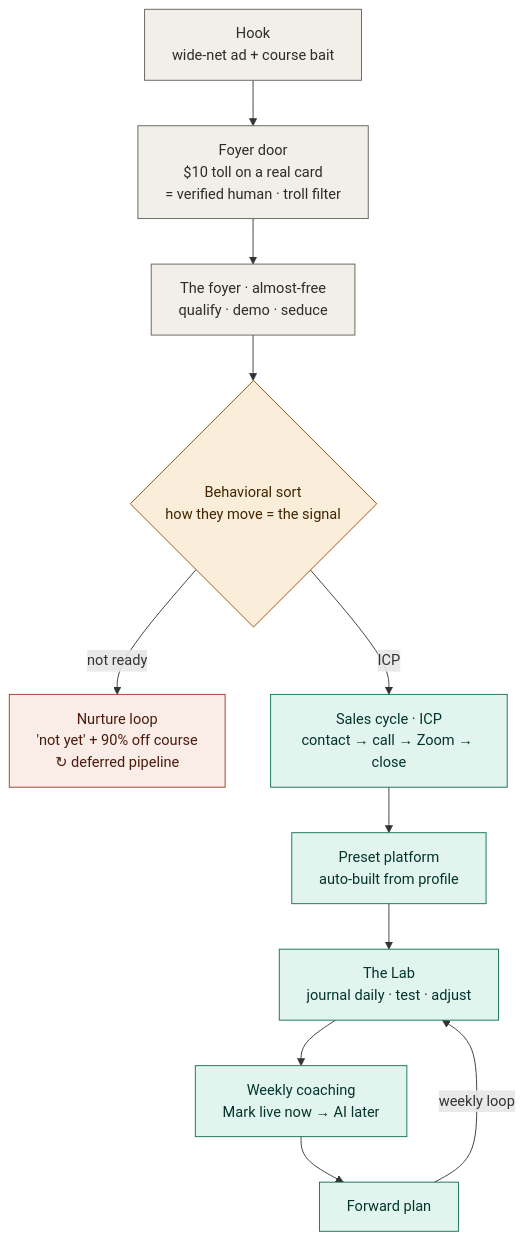
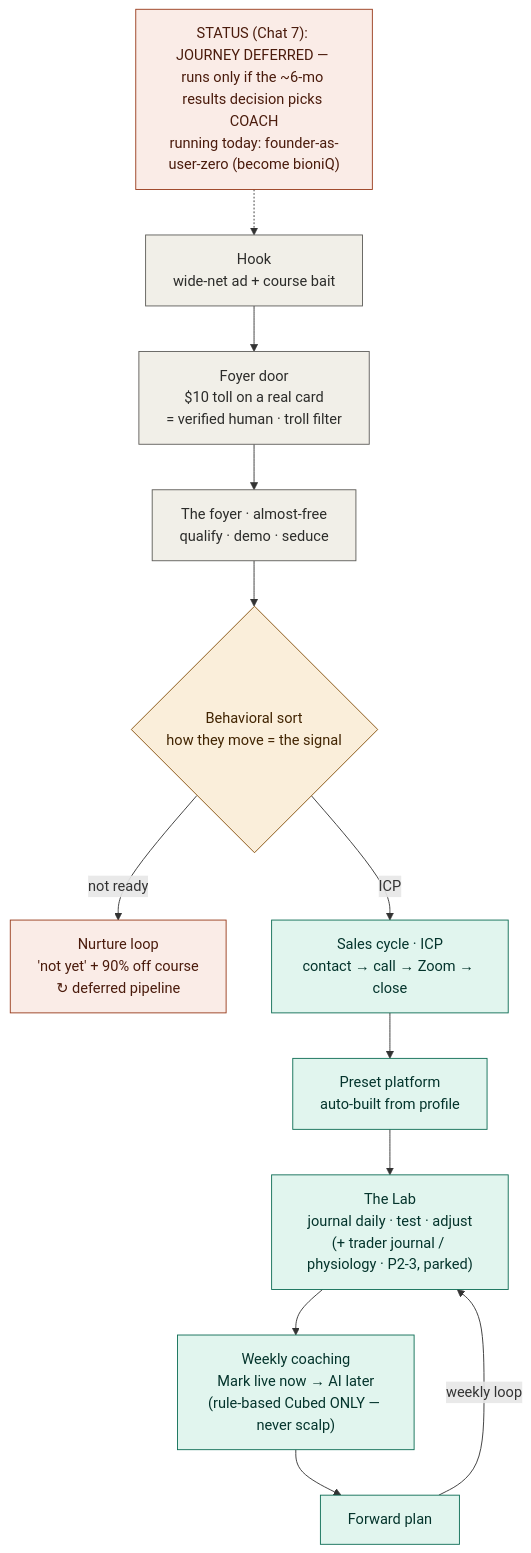
The diagram in knowledge/master_journey_flow.md (bionicbutterflyai/bionicbutterfly-goldmine), drawn with Mermaid before and after one commit. The commit also changed other lines of this file and 14 other files, not shown here.

````diff
--- a/knowledge/master_journey_flow.md
+++ b/knowledge/master_journey_flow.md
@@ -51,24 +60,26 @@
 ```mermaid
 flowchart TD
+    DEF["STATUS (Chat 7): JOURNEY DEFERRED — runs only if the ~6-mo results decision picks COACH<br/>running today: founder-as-user-zero (become bioniQ)"]:::defer
     H[Hook<br/>wide-net ad + course bait]:::funnel
     D[Foyer door<br/>$10 toll on a real card<br/>= verified human · troll filter]:::funnel
     F[The foyer · almost-free<br/>qualify · demo · seduce]:::funnel
     S{Behavioral sort<br/>how they move = the signal}:::gate
     N[Nurture loop<br/>'not yet' + 90% off course<br/>↻ deferred pipeline]:::defer
     C[Sales cycle · ICP<br/>contact → call → Zoom → close]:::prog
     P[Preset platform<br/>auto-built from profile]:::prog
-    L[The Lab<br/>journal daily · test · adjust]:::prog
-    W[Weekly coaching<br/>Mark live now → AI later]:::prog
+    L["The Lab<br/>journal daily · test · adjust<br/>(+ trader journal / physiology · P2-3, parked)"]:::prog
+    W["Weekly coaching<br/>Mark live now → AI later<br/>(rule-based Cubed ONLY — never scalp)"]:::prog
     R[Forward plan]:::prog
 
+    DEF -.-> H
     H --> D --> F --> S
     S -->|not ready| N
     S -->|ICP| C
     C --> P --> L --> W --> R
     R -->|weekly loop| L
 
     classDef funnel fill:#F1EFE8,stroke:#5F5E5A,color:#2C2C2A;
     classDef gate   fill:#FAEEDA,stroke:#854F0B,color:#412402;
     classDef defer  fill:#FAECE7,stroke:#993C1D,color:#4A1B0C;
     classDef prog   fill:#E1F5EE,stroke:#0F6E56,color:#04342C;
 ```
````
